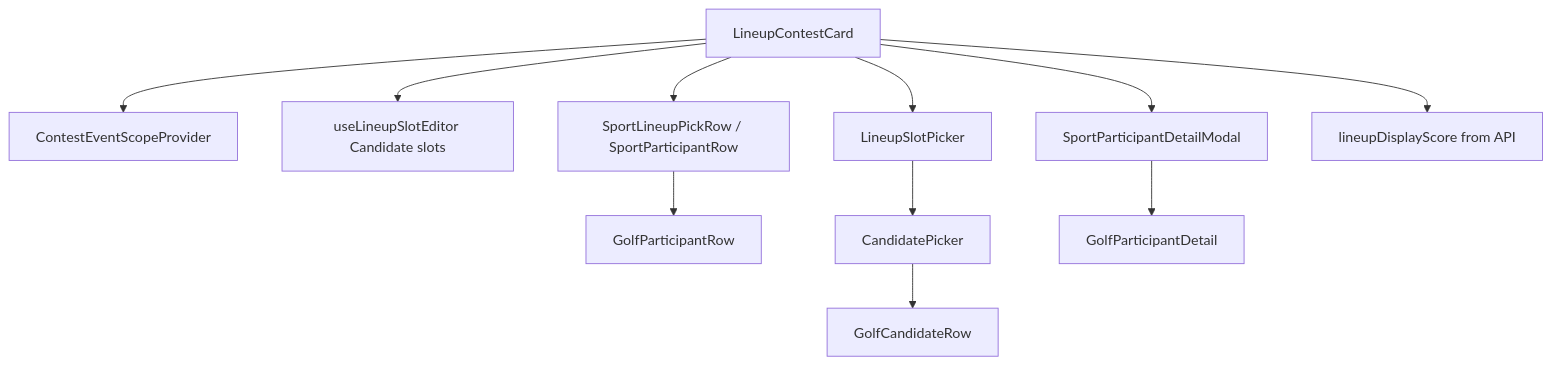
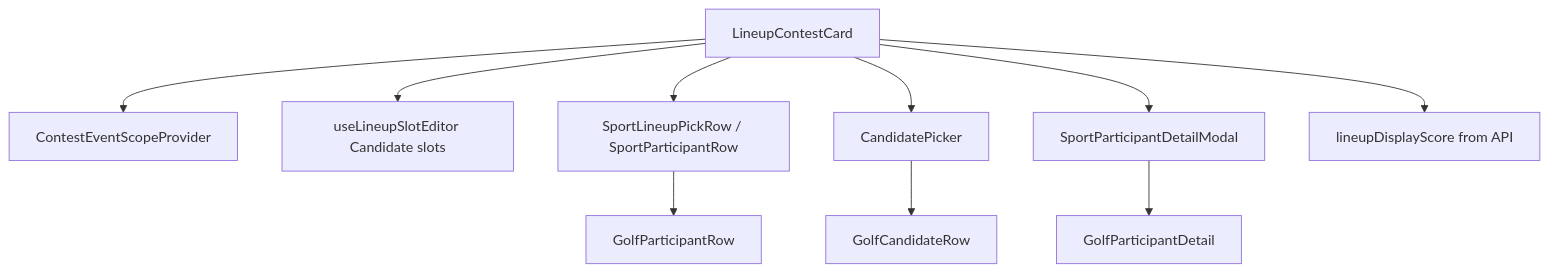
One commit to MagRelo/cut changed the diagram in spec/client/component-structure.md. Above: the diagram before and after it, drawn with Mermaid. The commit also changed other lines of this file and 20 other files, not shown here.

````diff
--- a/spec/client/component-structure.md
+++ b/spec/client/component-structure.md
@@ -131,13 +130,12 @@
 ```mermaid
 flowchart TD
   Card[LineupContestCard] --> Scope[ContestEventScopeProvider]
   Card --> Editor[useLineupSlotEditor Candidate slots]
   Card --> SPR[SportLineupPickRow / SportParticipantRow]
   SPR --> Plugin[GolfParticipantRow]
-  Card --> LSP[LineupSlotPicker]
-  LSP --> CP[CandidatePicker]
+  Card --> CP[CandidatePicker]
   CP --> CR[GolfCandidateRow]
   Card --> PDF[SportParticipantDetailModal]
   PDF --> PD[GolfParticipantDetail]
   Card --> Score[lineupDisplayScore from API]
 ```
````
